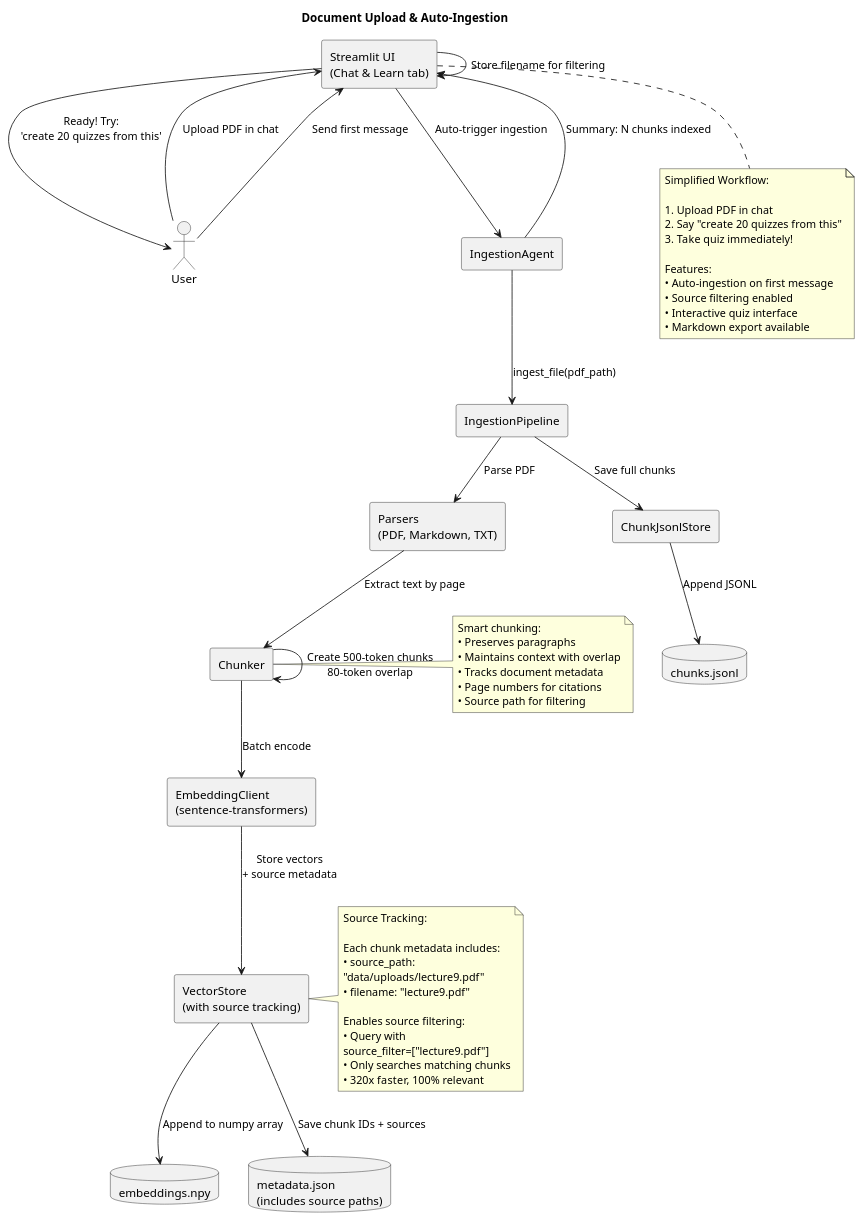
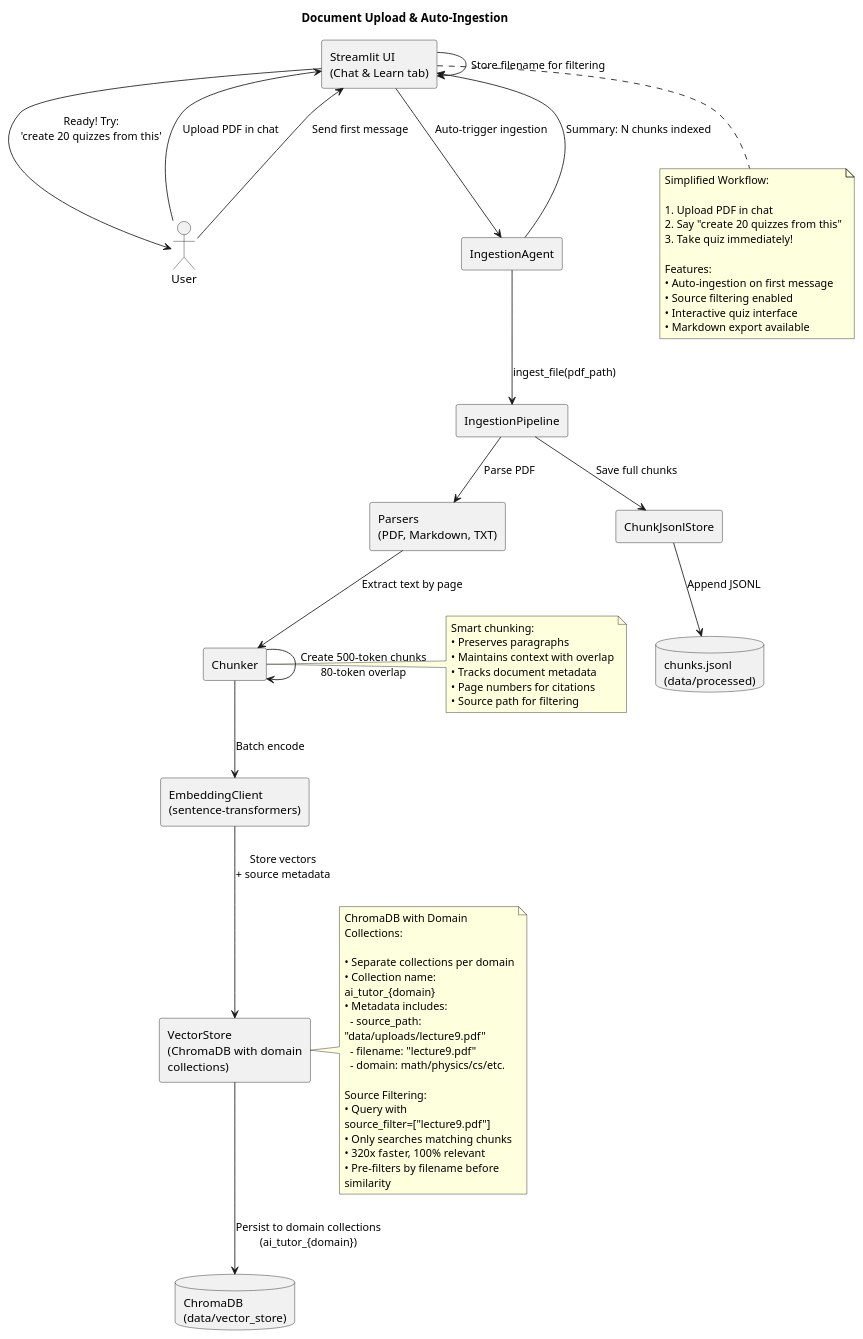
One commit to HenryNVP/ai-tutor changed the third of 5 diagrams in docs/components.puml. Above: the diagram before and after it, drawn with PlantUML. The commit also changed other lines of this file and 31 other files, not shown here.

```diff
--- a/docs/components.puml
+++ b/docs/components.puml
@@ -192,73 +195,75 @@
 @startuml
 skinparam componentStyle rectangle
 skinparam wrapWidth 220
 title Document Upload & Auto-Ingestion
 
 actor User
 component "Streamlit UI\n(Chat & Learn tab)" as UI
 component "IngestionAgent" as IngestionAgent
 component "IngestionPipeline" as Ingestion
 component "Parsers\n(PDF, Markdown, TXT)" as Parsers
 component "Chunker" as Chunker
 component "EmbeddingClient\n(sentence-transformers)" as EmbeddingClient
-component "VectorStore\n(with source tracking)" as VectorStore
+component "VectorStore\n(ChromaDB with domain collections)" as VectorStore
 component "ChunkJsonlStore" as ChunkStore
-database "embeddings.npy" as EmbeddingsFile
-database "metadata.json\n(includes source paths)" as MetadataFile
-database "chunks.jsonl" as ChunksFile
+database "ChromaDB\n(data/vector_store)" as ChromaDB
+database "chunks.jsonl\n(data/processed)" as ChunksFile
 
 User --> UI : Upload PDF in chat
 UI -> UI : Store filename for filtering
 User --> UI : Send first message
 UI --> IngestionAgent : Auto-trigger ingestion
 IngestionAgent --> Ingestion : ingest_file(pdf_path)
 Ingestion --> Parsers : Parse PDF
 Parsers --> Chunker : Extract text by page
 Chunker --> Chunker : Create 500-token chunks\n80-token overlap
 Chunker --> EmbeddingClient : Batch encode
 EmbeddingClient --> VectorStore : Store vectors\n+ source metadata
-VectorStore --> EmbeddingsFile : Append to numpy array
-VectorStore --> MetadataFile : Save chunk IDs + sources
+VectorStore --> ChromaDB : Persist to domain collections\n(ai_tutor_{domain})
 Ingestion --> ChunkStore : Save full chunks
 ChunkStore --> ChunksFile : Append JSONL
 
 IngestionAgent --> UI : Summary: N chunks indexed
 UI --> User : "Ready! Try:\n'create 20 quizzes from this'"
 
 note right of VectorStore
-  Source Tracking:
+  ChromaDB with Domain Collections:
   
-  Each chunk metadata includes:
-  • source_path: "data/uploads/lecture9.pdf"
-  • filename: "lecture9.pdf"
+  • Separate collections per domain
+  • Collection name: ai_tutor_{domain}
+  • Metadata includes:
+    - source_path: "data/uploads/lecture9.pdf"
+    - filename: "lecture9.pdf"
+    - domain: math/physics/cs/etc.
   
-  Enables source filtering:
+  Source Filtering:
   • Query with source_filter=["lecture9.pdf"]
   • Only searches matching chunks
   • 320x faster, 100% relevant
+  • Pre-filters by filename before similarity
 end note
 
 note left of Chunker
   Smart chunking:
   • Preserves paragraphs
   • Maintains context with overlap
   • Tracks document metadata
   • Page numbers for citations
   • Source path for filtering
 end note
 
 note bottom of UI
   Simplified Workflow:
   
   1. Upload PDF in chat
   2. Say "create 20 quizzes from this"
   3. Take quiz immediately!
   
   Features:
   • Auto-ingestion on first message
   • Source filtering enabled
   • Interactive quiz interface
   • Markdown export available
 end note
 
 @enduml
```
